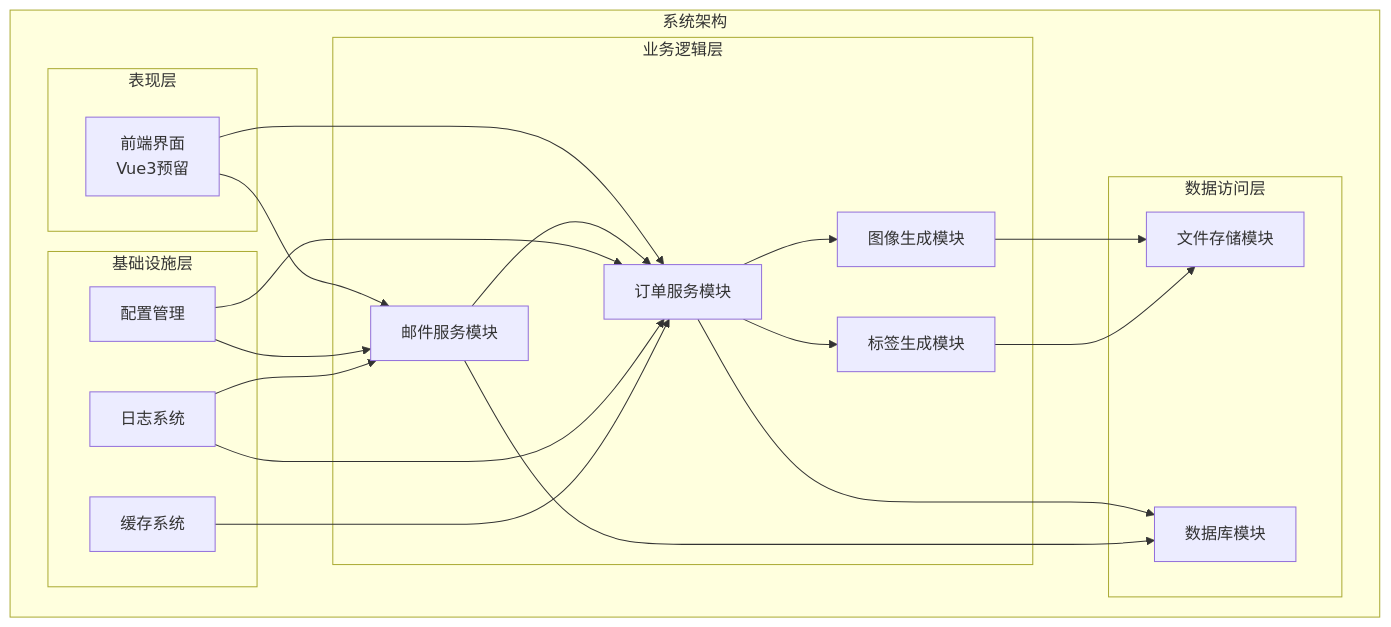
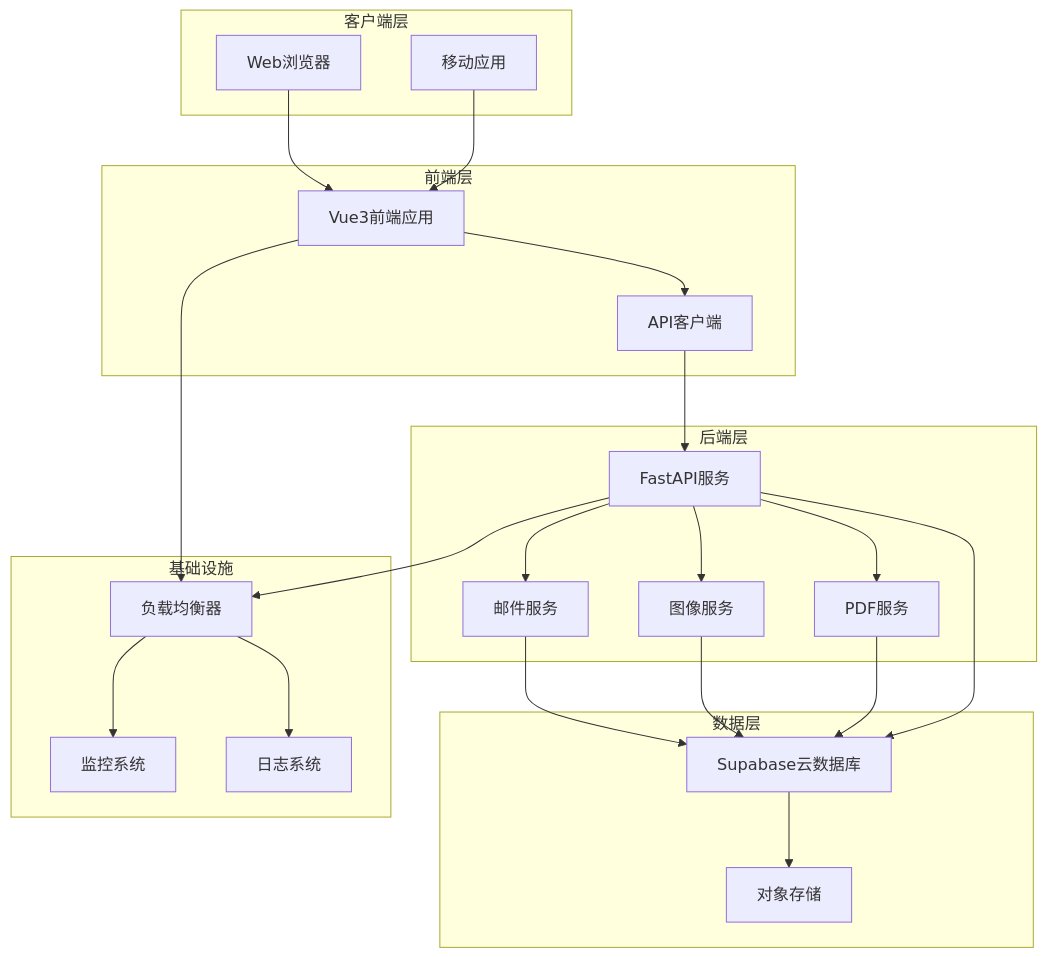
The diagram in .qoder/repowiki/zh/content/部署与维护.md (SY6621/POD-Order-Management), drawn with Mermaid before and after one commit. The commit also changed other lines of this file and 8 other files, not shown here.

````diff
--- a/.qoder/repowiki/zh/content/部署与维护.md
+++ b/.qoder/repowiki/zh/content/部署与维护.md
@@ -111,37 +54,42 @@
 ```mermaid
-graph TD
-subgraph "系统架构"
-subgraph "表现层"
-FRONTEND[前端界面<br/>Vue3预留]
+graph TB
+subgraph "客户端层"
+WEB[Web浏览器]
+MOBILE[移动应用]
 end
-subgraph "业务逻辑层"
-EMAIL_SERVICE[邮件服务模块]
-ORDER_SERVICE[订单服务模块]
-IMAGE_GENERATOR[图像生成模块]
-LABEL_GENERATOR[标签生成模块]
+subgraph "前端层"
+FRONTEND[Vue3前端应用]
+API_CLIENT[API客户端]
 end
-subgraph "数据访问层"
-DATABASE[数据库模块]
-FILE_STORAGE[文件存储模块]
+subgraph "后端层"
+FASTAPI[FastAPI服务]
+EMAIL_SERVICE[邮件服务]
+IMAGE_SERVICE[图像服务]
+PDF_SERVICE[PDF服务]
 end
-subgraph "基础设施层"
-CONFIG[配置管理]
-LOGGER[日志系统]
-CACHE[缓存系统]
+subgraph "数据层"
+SUPABASE[Supabase云数据库]
+STORAGE[对象存储]
 end
+subgraph "基础设施"
+LOAD_BALANCER[负载均衡器]
+MONITORING[监控系统]
+LOGGING[日志系统]
 end
-FRONTEND --> EMAIL_SERVICE
-FRONTEND --> ORDER_SERVICE
-EMAIL_SERVICE --> ORDER_SERVICE
-ORDER_SERVICE --> IMAGE_GENERATOR
-ORDER_SERVICE --> LABEL_GENERATOR
-IMAGE_GENERATOR --> FILE_STORAGE
-LABEL_GENERATOR --> FILE_STORAGE
-ORDER_SERVICE --> DATABASE
-EMAIL_SERVICE --> DATABASE
-CONFIG --> EMAIL_SERVICE
-CONFIG --> ORDER_SERVICE
-LOGGER --> EMAIL_SERVICE
-LOGGER --> ORDER_SERVICE
-CACHE --> ORDER_SERVICE
+WEB --> FRONTEND
+MOBILE --> FRONTEND
+FRONTEND --> API_CLIENT
+API_CLIENT --> FASTAPI
+FASTAPI --> EMAIL_SERVICE
+FASTAPI --> IMAGE_SERVICE
+FASTAPI --> PDF_SERVICE
+EMAIL_SERVICE --> SUPABASE
+IMAGE_SERVICE --> SUPABASE
+PDF_SERVICE --> SUPABASE
+FASTAPI --> SUPABASE
+SUPABASE --> STORAGE
+FRONTEND --> LOAD_BALANCER
+FASTAPI --> LOAD_BALANCER
+LOAD_BALANCER --> MONITORING
+LOAD_BALANCER --> LOGGING
 ```
````
